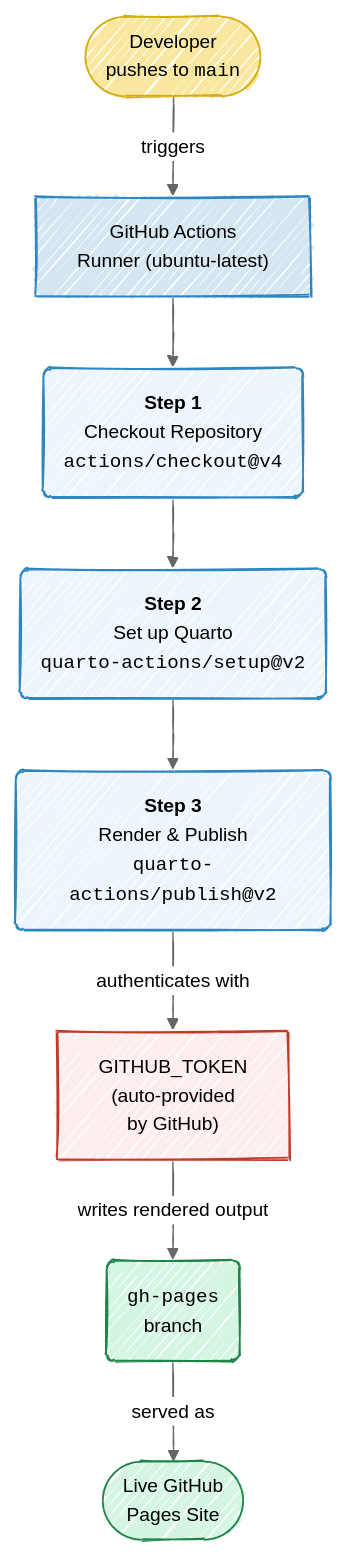
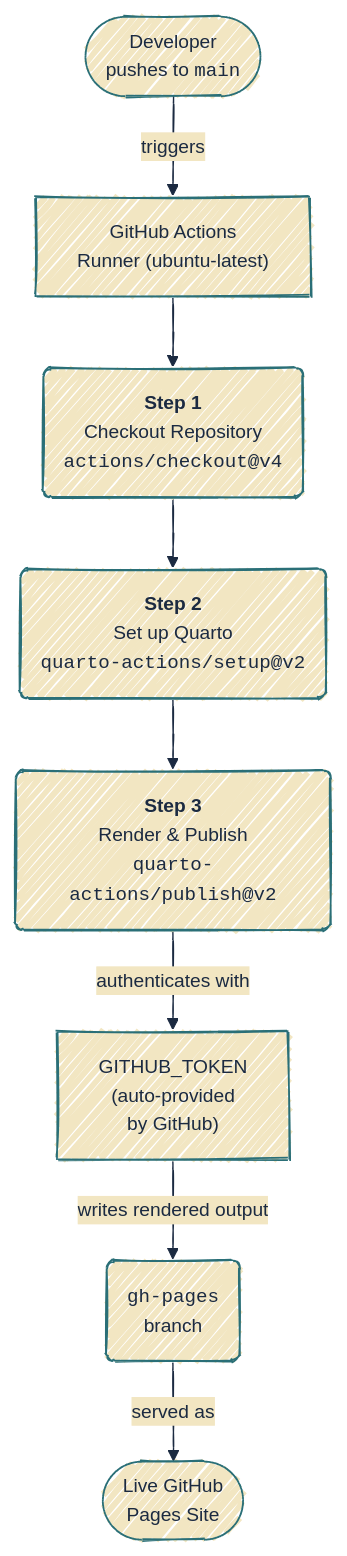
The first of 2 diagrams in publish-r-py.qmd (mjfrigaard/do4ds-labs), drawn with Mermaid before and after one commit. The commit also changed other lines of this file and 88 other files, not shown here.

````diff
--- a/publish-r-py.qmd
+++ b/publish-r-py.qmd
@@ -80,25 +80,17 @@
 ```{mermaid}
 %%| fig-cap: 'Publishing to GitHub pages'
 %%| fig-width: 7.0
 %%| fig-align: center
-%%{init: {'theme': 'neutral', 'look': 'handDrawn', 'themeVariables': { 'fontFamily': 'monospace', "fontSize":"14px"}}}%%
+%%{init: {'theme': 'base', 'look': 'handDrawn', 'themeVariables': { 'fontFamily': 'monospace', "fontSize":"14px", 'primaryColor': '#F2E6C2', 'primaryBorderColor': '#2A6F77', 'primaryTextColor': '#1B2A41', 'secondaryColor': '#d4e7e4', 'tertiaryColor': '#f5f0e4', 'lineColor': '#1B2A41', 'edgeLabelBackground': '#F2E6C2'}}}%%
 flowchart TD
     Push(["Developer<br>pushes to <code>main</code>"]) -->|"triggers"| GHA["GitHub Actions<br>Runner (ubuntu-latest)"]
 
     GHA --> Step1("<strong>Step 1</strong><br>Checkout Repository<br><code>actions/checkout@v4</code>")
     Step1 --> Step2("<strong>Step 2</strong><br>Set up Quarto<br><code>quarto-actions/setup@v2</code>")
     Step2 --> Step3("<strong>Step 3</strong><br>Render & Publish<br><code>quarto-actions/publish@v2</code>")
 
     Step3 -->|"authenticates with"| Token["<cdde>GITHUB_TOKEN</code><br>(auto-provided<br>by GitHub)"]
     Token -->|"writes rendered output"| GHPages("<code>gh-pages</code><br>branch")
     GHPages -->|"served as"| Site(["Live GitHub<br>Pages Site"])
 
-    style Push fill:#F9E79F,stroke:#D4AC0D,color:#000
-    style GHA fill:#D4E6F1,stroke:#2E86C1,color:#000
-    style Step1 fill:#EBF5FB,stroke:#2E86C1,color:#000
-    style Step2 fill:#EBF5FB,stroke:#2E86C1,color:#000
-    style Step3 fill:#EBF5FB,stroke:#2E86C1,color:#000
-    style Token fill:#FDEDEC,stroke:#C0392B,color:#000
-    style GHPages fill:#D5F5E3,stroke:#1E8449,color:#000
-    style Site fill:#D5F5E3,stroke:#1E8449,color:#000
 ```
````
